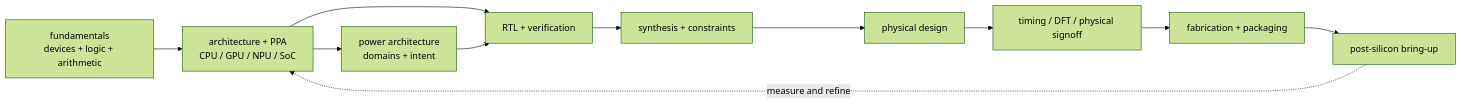
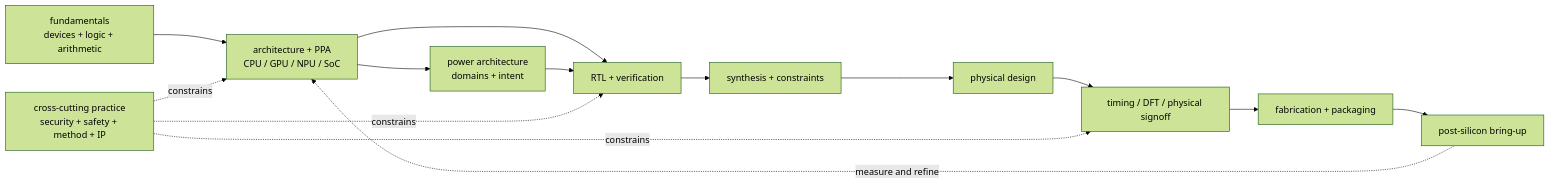
The diagram in Index.md (Wty2003328/silicon-design-notebook), drawn with Mermaid (forest theme) before and after one commit. The commit also changed other lines of this file and 28 other files, not shown here.

First line of the commit message:
Add beginner on-ramp and fill the back half of the flow

````diff
--- a/Index.md
+++ b/Index.md
@@ -3,13 +3,16 @@
 ```mermaid
 flowchart LR
     F["fundamentals<br/>devices + logic + arithmetic"] --> A["architecture + PPA<br/>CPU / GPU / NPU / SoC"]
     A --> LP["power architecture<br/>domains + intent"]
     A --> RTL["RTL + verification"]
     LP --> RTL
     RTL --> SYN["synthesis + constraints"]
     SYN --> PD["physical design"]
     PD --> SO["timing / DFT / physical signoff"]
     SO --> FAB["fabrication + packaging"]
     FAB --> BU["post-silicon bring-up"]
     BU -. "measure and refine" .-> A
+    XC["cross-cutting practice<br/>security + safety + method + IP"] -. "constrains" .-> A
+    XC -. "constrains" .-> RTL
+    XC -. "constrains" .-> SO
 ```
````
